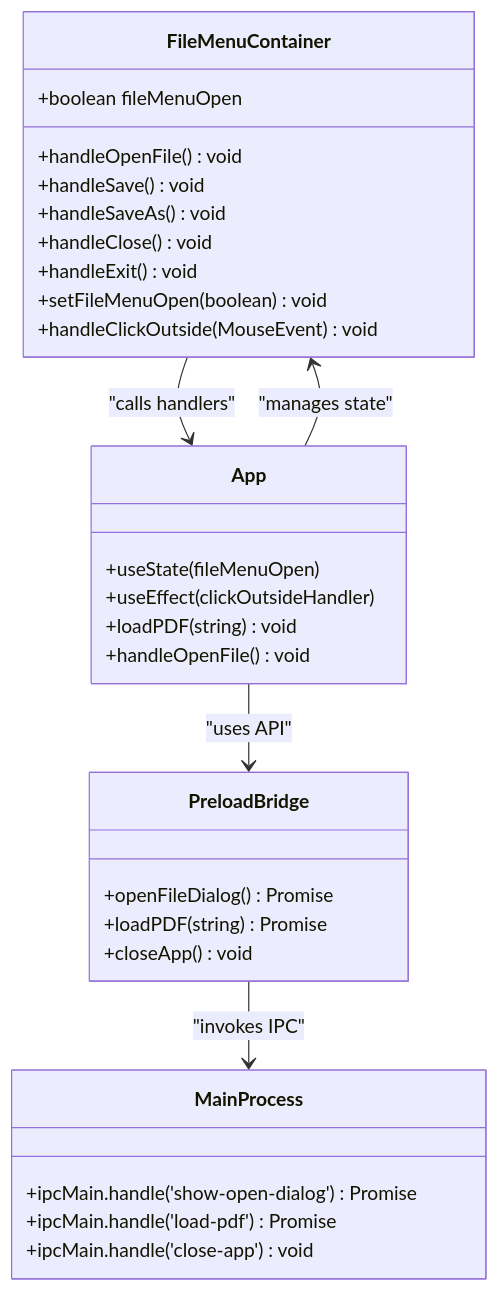
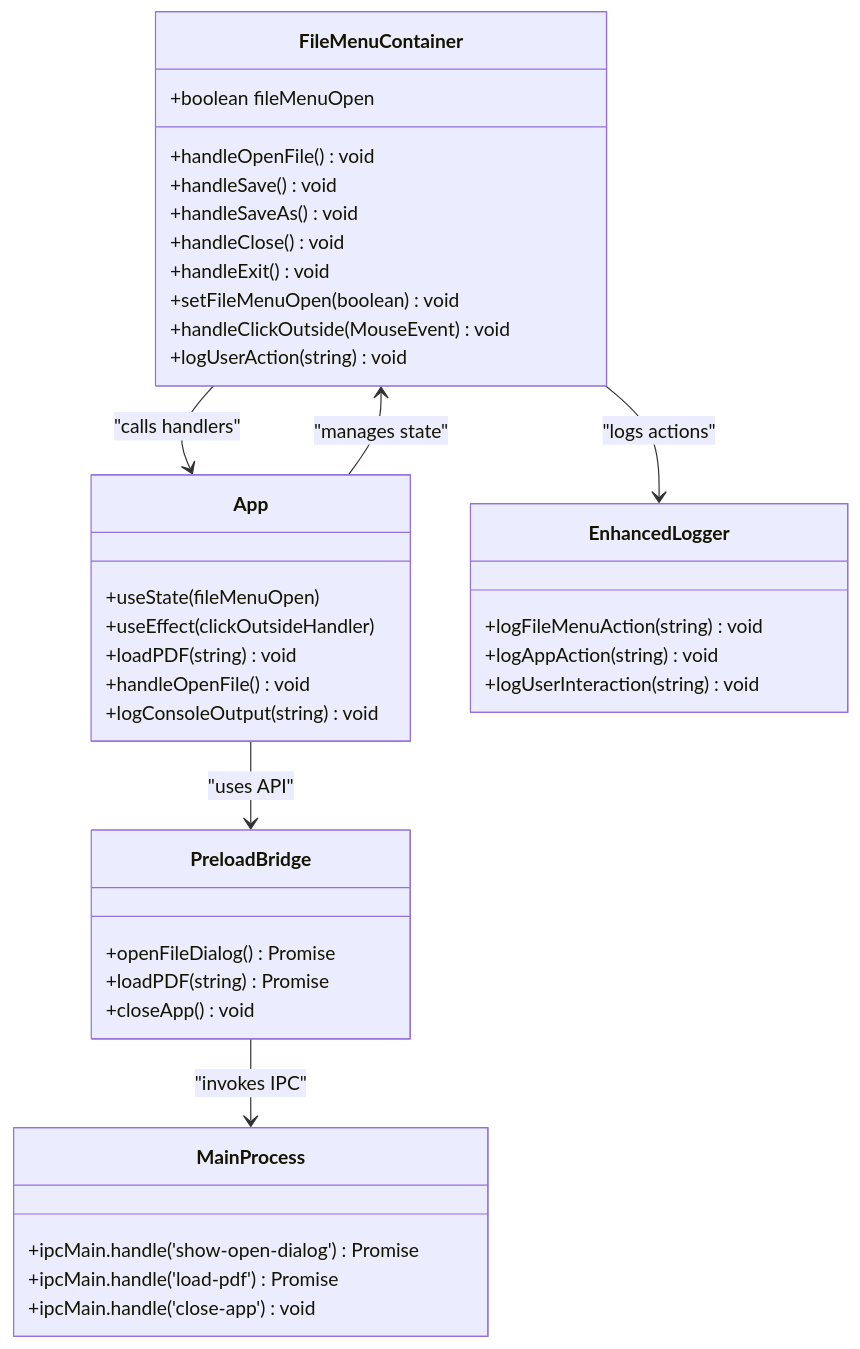
Before and after one commit to Chunde/SciPDFReader: the third of 6 diagrams in .qoder/repowiki/en/content/Core Components/File Menu System.md, drawn with Mermaid. The commit also changed other lines of this file and 9 other files, not shown here.

````diff
--- a/.qoder/repowiki/en/content/Core Components/File Menu System.md
+++ b/.qoder/repowiki/en/content/Core Components/File Menu System.md
@@ -146,33 +169,41 @@
 ```mermaid
 classDiagram
 class FileMenuContainer {
 +boolean fileMenuOpen
 +handleOpenFile() void
 +handleSave() void
 +handleSaveAs() void
 +handleClose() void
 +handleExit() void
 +setFileMenuOpen(boolean) void
 +handleClickOutside(MouseEvent) void
++logUserAction(string) void
 }
 class App {
 +useState(fileMenuOpen)
 +useEffect(clickOutsideHandler)
 +loadPDF(string) void
 +handleOpenFile() void
++logConsoleOutput(string) void
 }
 class PreloadBridge {
 +openFileDialog() Promise
 +loadPDF(string) Promise
 +closeApp() void
 }
 class MainProcess {
 +ipcMain.handle('show-open-dialog') Promise
 +ipcMain.handle('load-pdf') Promise
 +ipcMain.handle('close-app') void
 }
+class EnhancedLogger {
++logFileMenuAction(string) void
++logAppAction(string) void
++logUserInteraction(string) void
+}
 App --> FileMenuContainer : "manages state"
 FileMenuContainer --> App : "calls handlers"
+FileMenuContainer --> EnhancedLogger : "logs actions"
 App --> PreloadBridge : "uses API"
 PreloadBridge --> MainProcess : "invokes IPC"
 ```
````
